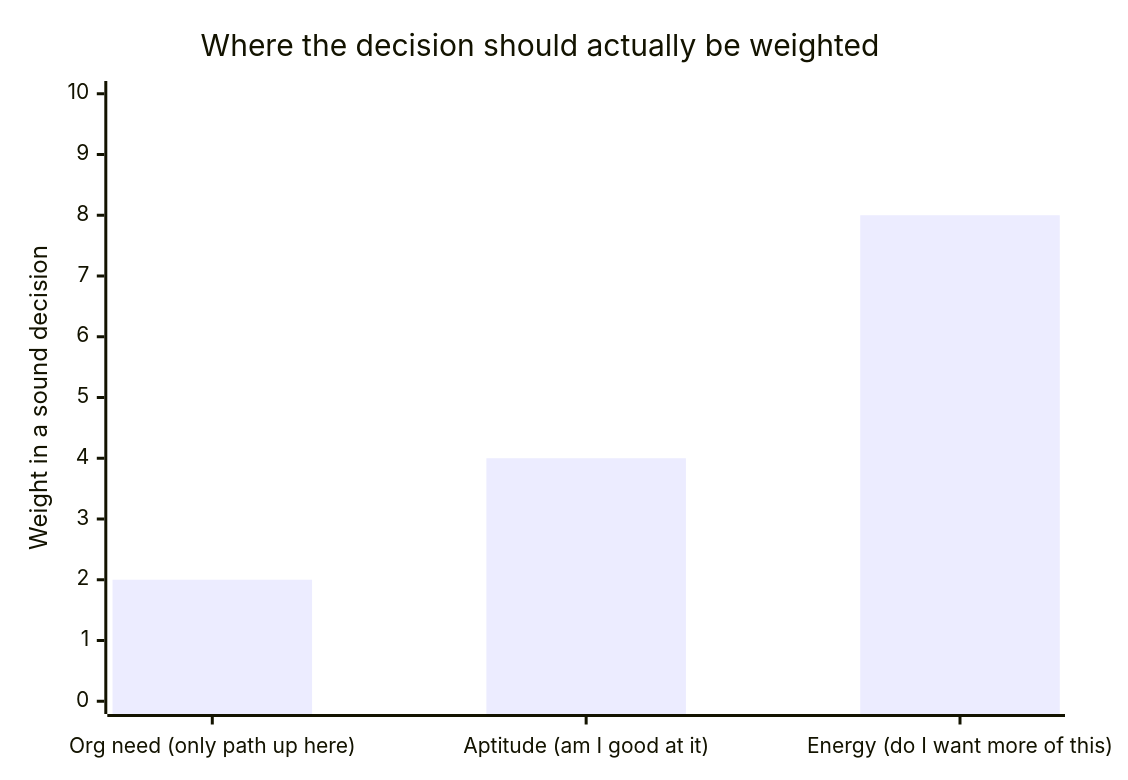
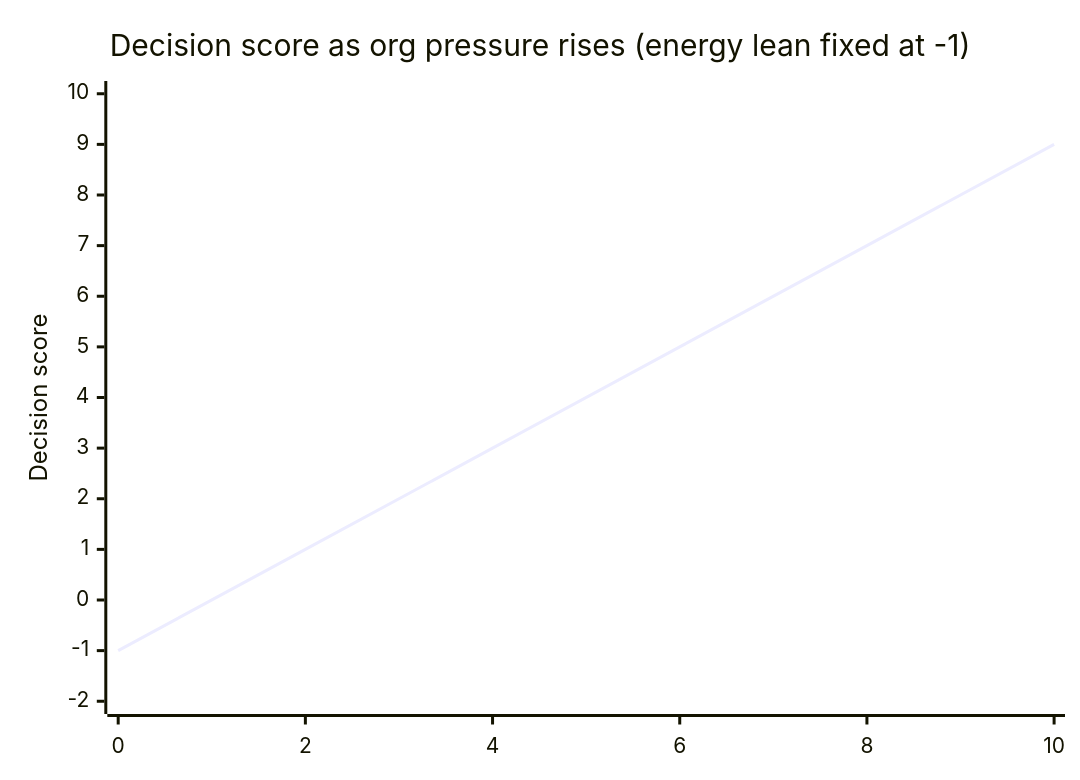
One commit to francoandreDev/knowledge changed the second of 2 diagrams in src/content/career-craft/ic-em-tracks/L2-concept.mdx. Above: the diagram before and after it, drawn with Mermaid. The commit also changed other lines of this file and 3 other files, not shown here.

````diff
--- a/src/content/career-craft/ic-em-tracks/L2-concept.mdx
+++ b/src/content/career-craft/ic-em-tracks/L2-concept.mdx
@@ -73,7 +69,7 @@
 ```mermaid
 xychart-beta
-    title "Where the decision should actually be weighted"
-    x-axis ["Org need (only path up here)", "Aptitude (am I good at it)", "Energy (do I want more of this)"]
-    y-axis "Weight in a sound decision" 0 --> 10
-    bar [2, 4, 8]
+    title "Decision score as org pressure rises (energy lean fixed at -1)"
+    x-axis ["0", "2", "4", "6", "8", "10"]
+    y-axis "Decision score" -2 --> 10
+    line [-1, 1, 3, 5, 7, 9]
 ```
````
